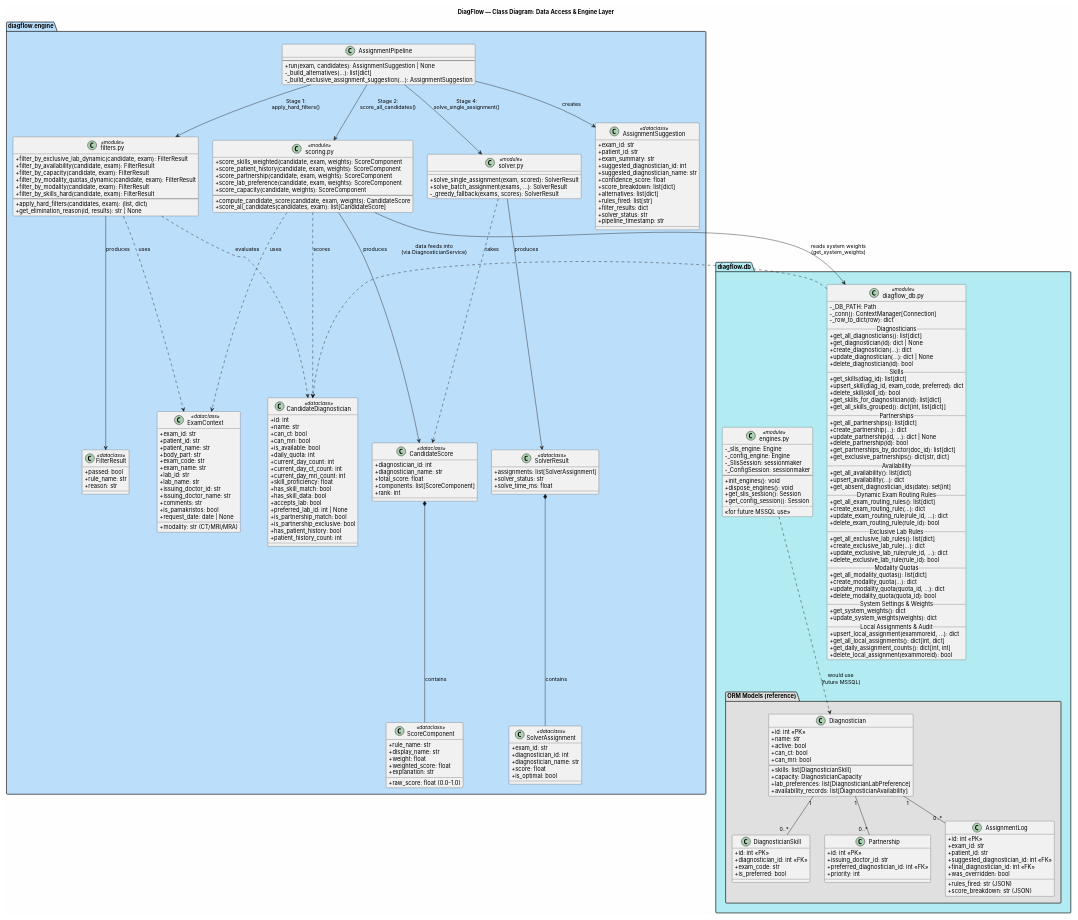
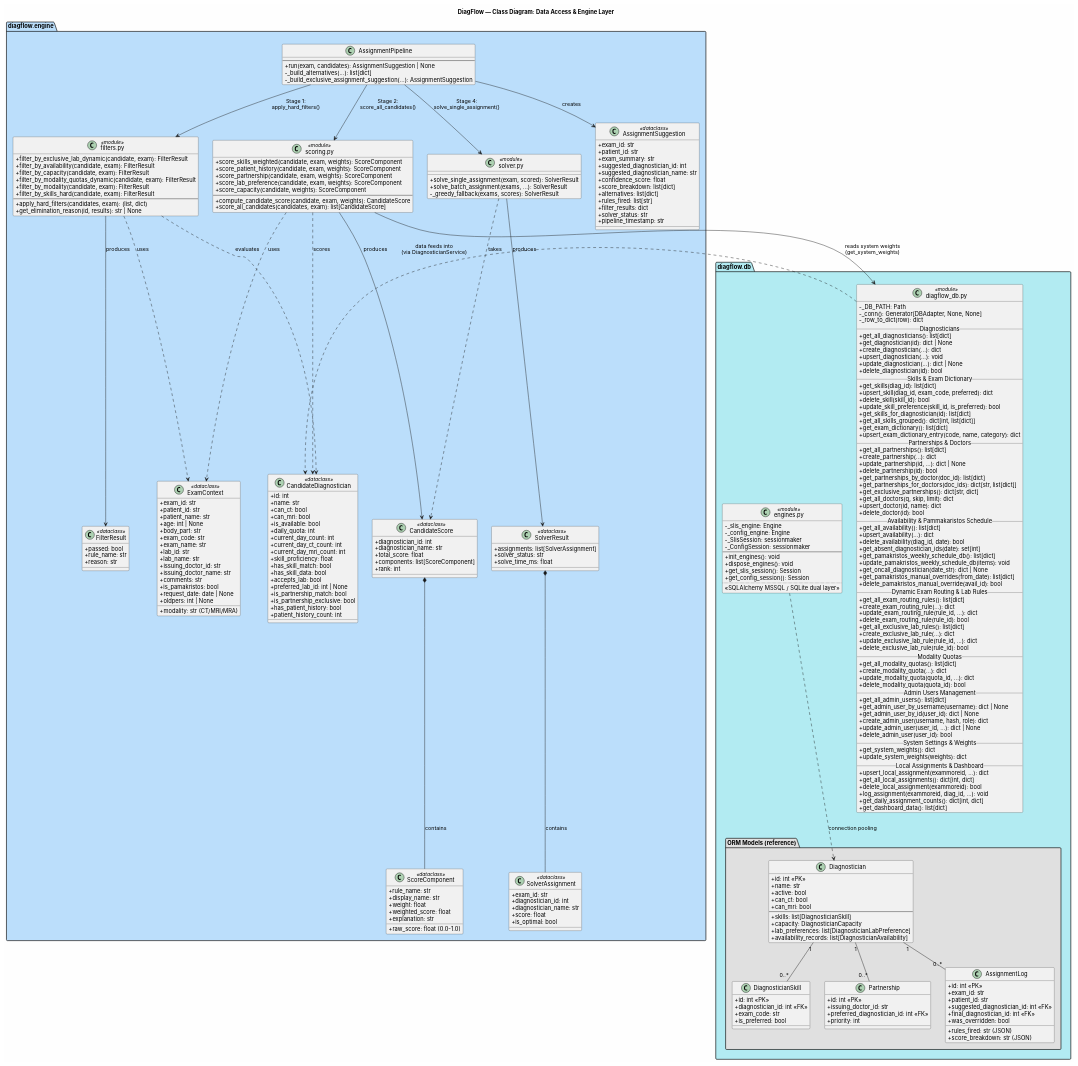
The diagram in puml/data_api.puml (Georgekon4002/diagflow), drawn with PlantUML before and after one commit. The commit also changed 57 other files, not shown here.

```diff
--- a/puml/data_api.puml
+++ b/puml/data_api.puml
@@ -1,4 +1,4 @@
-@startuml
+@startuml data_api
 
 title DiagFlow — Class Diagram: Data Access & Engine Layer
 skinparam backgroundColor #FEFEFE
@@ -12,37 +12,50 @@
 
     class "diagflow_db.py" as cfg_db <<module>> {
         - _DB_PATH: Path
-        - _conn(): ContextManager[Connection]
+        - _conn(): Generator[DBAdapter, None, None]
         - _row_to_dict(row): dict
         __ Diagnosticians __
         + get_all_diagnosticians(): list[dict]
         + get_diagnostician(id): dict | None
         + create_diagnostician(...): dict
+        + upsert_diagnostician(...): void
         + update_diagnostician(...): dict | None
         + delete_diagnostician(id): bool
-        __ Skills __
+        __ Skills & Exam Dictionary __
         + get_skills(diag_id): list[dict]
         + upsert_skill(diag_id, exam_code, preferred): dict
         + delete_skill(skill_id): bool
+        + update_skill_preference(skill_id, is_preferred): bool
         + get_skills_for_diagnostician(id): list[dict]
         + get_all_skills_grouped(): dict[int, list[dict]]
-        __ Partnerships __
+        + get_exam_dictionary(): list[dict]
+        + upsert_exam_dictionary_entry(code, name, category): dict
+        __ Partnerships & Doctors __
         + get_all_partnerships(): list[dict]
         + create_partnership(...): dict
         + update_partnership(id, ...): dict | None
         + delete_partnership(id): bool
         + get_partnerships_by_doctor(doc_id): list[dict]
+        + get_partnerships_for_doctors(doc_ids): dict[str, list[dict]]
         + get_exclusive_partnerships(): dict[str, dict]
-        __ Availability __
+        + get_all_doctors(q, skip, limit): dict
+        + upsert_doctor(id, name): dict
+        + delete_doctor(id): bool
+        __ Availability & Pammakaristos Schedule __
         + get_all_availability(): list[dict]
         + upsert_availability(...): dict
+        + delete_availability(diag_id, date): bool
         + get_absent_diagnostician_ids(date): set[int]
-        __ Dynamic Exam Routing Rules __
+        + get_pamakristos_weekly_schedule_db(): list[dict]
+        + update_pamakristos_weekly_schedule_db(items): void
+        + get_oncall_diagnostician(date_str): dict | None
+        + get_pamakristos_manual_overrides(from_date): list[dict]
+        + delete_pamakristos_manual_override(avail_id): bool
+        __ Dynamic Exam Routing & Lab Rules __
         + get_all_exam_routing_rules(): list[dict]
         + create_exam_routing_rule(...): dict
         + update_exam_routing_rule(rule_id, ...): dict
         + delete_exam_routing_rule(rule_id): bool
-        __ Exclusive Lab Rules __
         + get_all_exclusive_lab_rules(): list[dict]
         + create_exclusive_lab_rule(...): dict
         + update_exclusive_lab_rule(rule_id, ...): dict
@@ -52,14 +65,23 @@
         + create_modality_quota(...): dict
         + update_modality_quota(quota_id, ...): dict
         + delete_modality_quota(quota_id): bool
+        __ Admin Users Management __
+        + get_all_admin_users(): list[dict]
+        + get_admin_user_by_username(username): dict | None
+        + get_admin_user_by_id(user_id): dict | None
+        + create_admin_user(username, hash, role): dict
+        + update_admin_user(user_id, ...): dict | None
+        + delete_admin_user(user_id): bool
         __ System Settings & Weights __
         + get_system_weights(): dict
         + update_system_weights(weights): dict
-        __ Local Assignments & Audit __
+        __ Local Assignments & Dashboard __
         + upsert_local_assignment(exammoreid, ...): dict
         + get_all_local_assignments(): dict[int, dict]
-        + get_daily_assignment_counts(): dict[int, int]
         + delete_local_assignment(exammoreid): bool
+        + log_assignment(exammoreid, diag_id, ...): void
+        + get_daily_assignment_counts(): dict[int, dict]
+        + get_dashboard_data(): list[dict]
     }
 
     class "engines.py" as engines <<module>> {
@@ -73,7 +95,7 @@
         + get_slis_session(): Session
         + get_config_session(): Session
         ..
-        <<for future MSSQL use>>
+        <<SQLAlchemy MSSQL / SQLite dual layer>>
     }
 
     ' ─── ORM Models (Reference, not used in prod) ───
@@ -131,6 +153,7 @@
         + exam_id: str
         + patient_id: str
         + patient_name: str
+        + age: int | None
         + modality: str (CT/MRI/MRA)
         + body_part: str
         + exam_code: str
@@ -142,6 +165,7 @@
         + comments: str
         + is_pamakristos: bool
         + request_date: date | None
+        + oldpers: int | None
     }
 
     class "CandidateDiagnostician" as candidate <<dataclass>> {
@@ -279,6 +303,6 @@
 
 ' Data layer connections
 cfg_db ..> candidate : "data feeds into\n(via DiagnosticianService)"
-engines ..> orm_diag : "would use\n(future MSSQL)"
+engines ..> orm_diag : "connection pooling"
 
 @enduml
```
